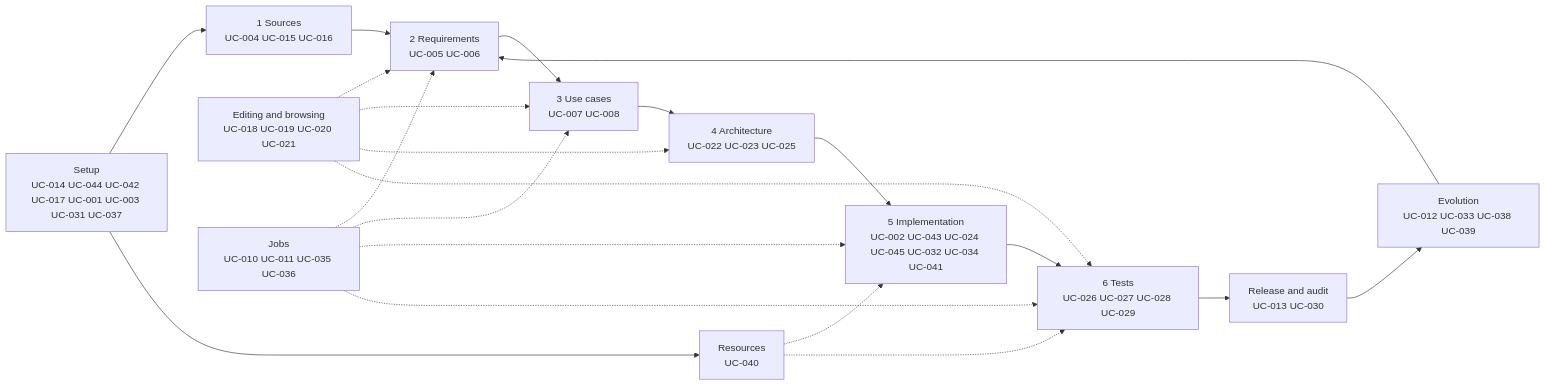
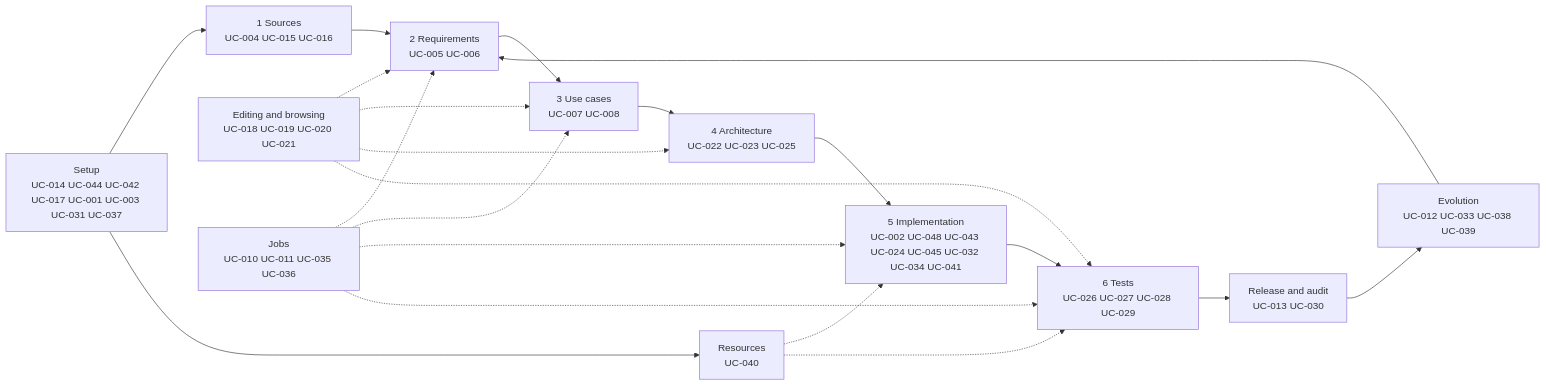
The diagram in docs/use-cases/README.md (akmaier/agent-m), drawn with Mermaid before and after one commit. The commit also changed other lines of this file and 15 other files, not shown here.

````diff
--- a/docs/use-cases/README.md
+++ b/docs/use-cases/README.md
@@ -126,16 +127,16 @@
 ```mermaid
 flowchart LR
     S[Setup<br/>UC-014 UC-044 UC-042 UC-017 UC-001 UC-003 UC-031 UC-037] --> Q[1 Sources<br/>UC-004 UC-015 UC-016]
     S --> RES[Resources<br/>UC-040]
     Q --> R[2 Requirements<br/>UC-005 UC-006]
     R --> U[3 Use cases<br/>UC-007 UC-008]
     U --> A[4 Architecture<br/>UC-022 UC-023 UC-025]
-    A --> I[5 Implementation<br/>UC-002 UC-043 UC-024 UC-045 UC-032 UC-034 UC-041]
+    A --> I[5 Implementation<br/>UC-002 UC-048 UC-043 UC-024 UC-045 UC-032 UC-034 UC-041]
     I --> T[6 Tests<br/>UC-026 UC-027 UC-028 UC-029]
     T --> REL[Release and audit<br/>UC-013 UC-030]
     REL --> E[Evolution<br/>UC-012 UC-033 UC-038 UC-039]
     E --> R
     ED[Editing and browsing<br/>UC-018 UC-019 UC-020 UC-021] -.-> R & U & A & T
     J[Jobs<br/>UC-010 UC-011 UC-035 UC-036] -.-> R & U & I & T
     RES -.-> I & T
 ```
````
